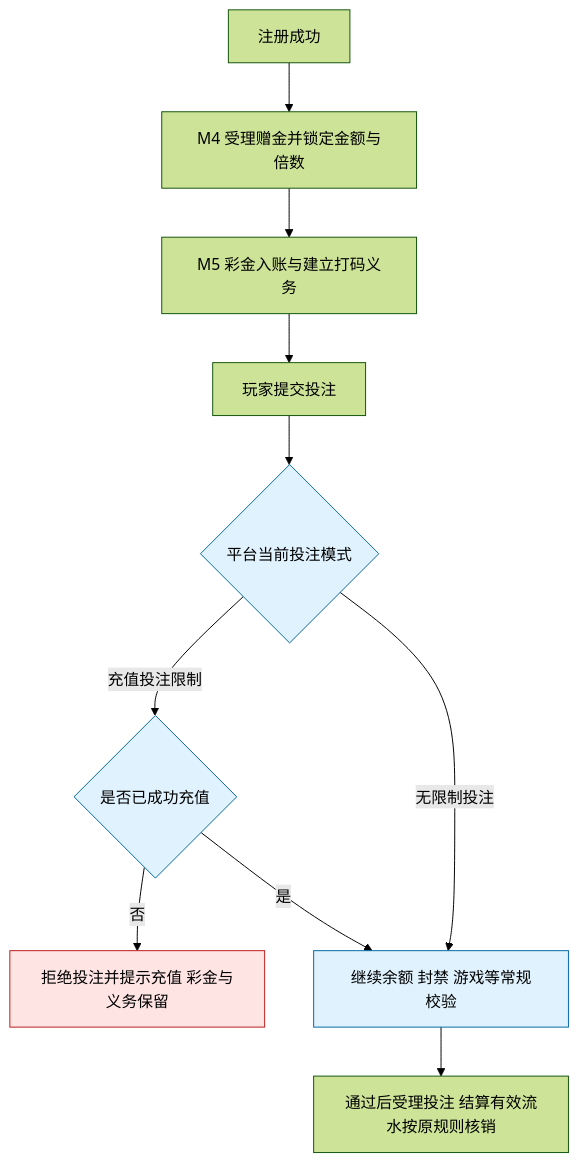
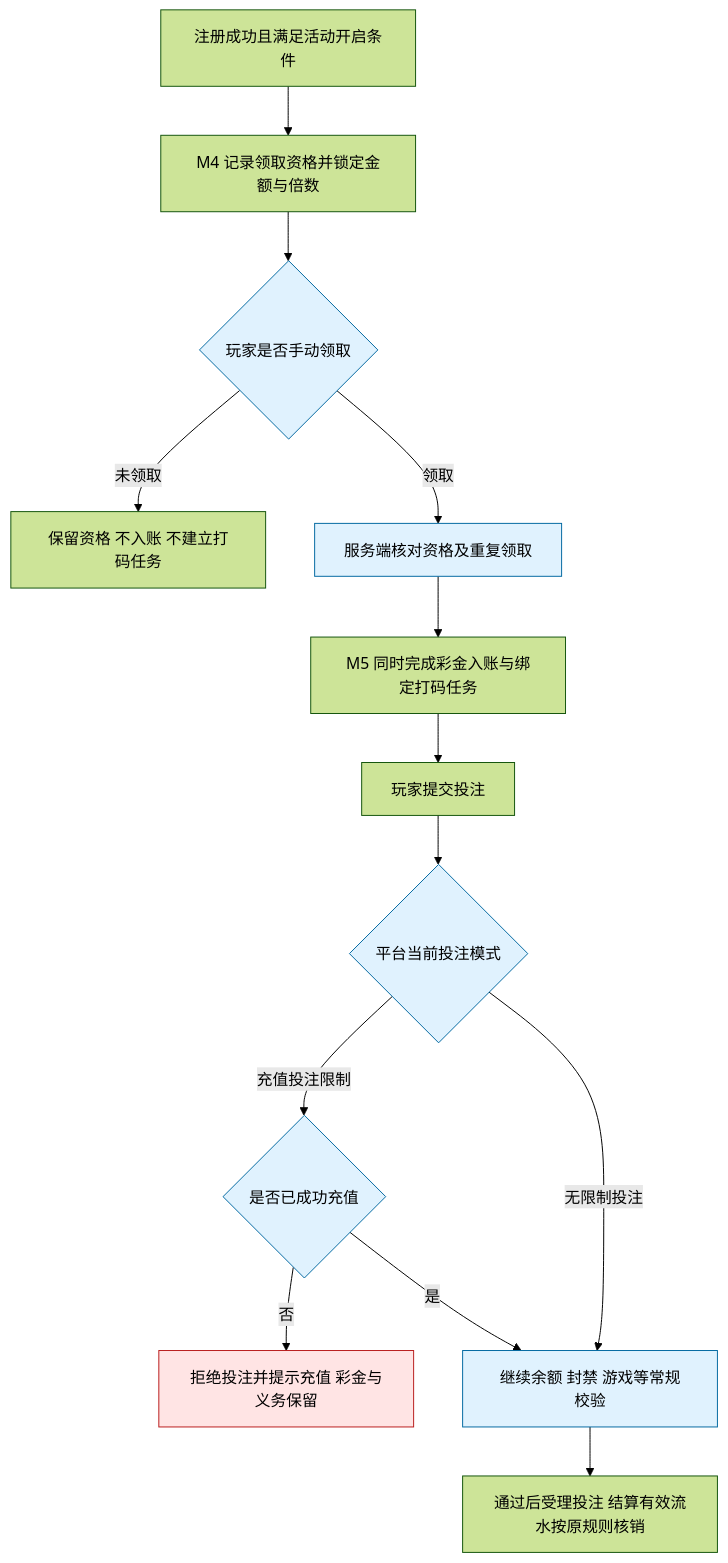
One commit to bingo-lab-1/bingo-figma changed the diagram in M4-活动管理/4.8-注册送好礼/README.md. Above: the diagram before and after it, drawn with Mermaid (forest theme). The commit also changed other lines of this file and 50 other files, not shown here.

````diff
--- a/M4-活动管理/4.8-注册送好礼/README.md
+++ b/M4-活动管理/4.8-注册送好礼/README.md
@@ -153,16 +162,19 @@
 ```mermaid
 flowchart TD
-    A[注册成功] --> B[M4 受理赠金并锁定金额与倍数]
-    B --> C[M5 彩金入账与建立打码义务]
+    A[注册成功且满足活动开启条件] --> B[M4 记录领取资格并锁定金额与倍数]
+    B --> J{玩家是否手动领取}
+    J -->|未领取| K[保留资格 不入账 不建立打码任务]
+    J -->|领取| L[服务端核对资格及重复领取]
+    L --> C[M5 同时完成彩金入账与绑定打码任务]
     C --> D[玩家提交投注]
     D --> E{平台当前投注模式}
     E -->|充值投注限制| F{是否已成功充值}
     F -->|否| G[拒绝投注并提示充值 彩金与义务保留]
     F -->|是| H[继续余额 封禁 游戏等常规校验]
     E -->|无限制投注| H
     H --> I[通过后受理投注 结算有效流水按原规则核销]
     classDef blocked fill:#ffe4e4,stroke:#b91c1c;
     classDef check fill:#e0f2fe,stroke:#0369a1;
     class G blocked;
-    class E,F,H check;
+    class J,L,E,F,H check;
 ```
````
